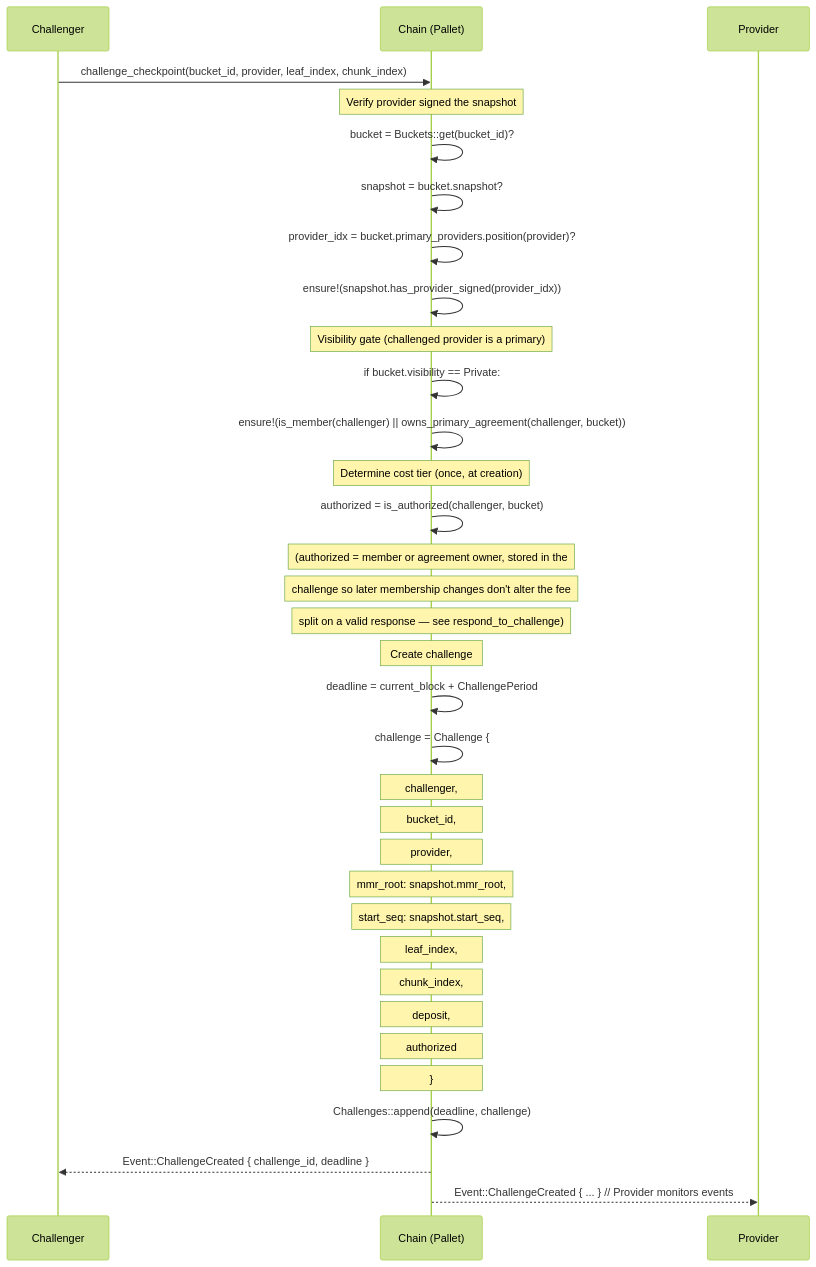
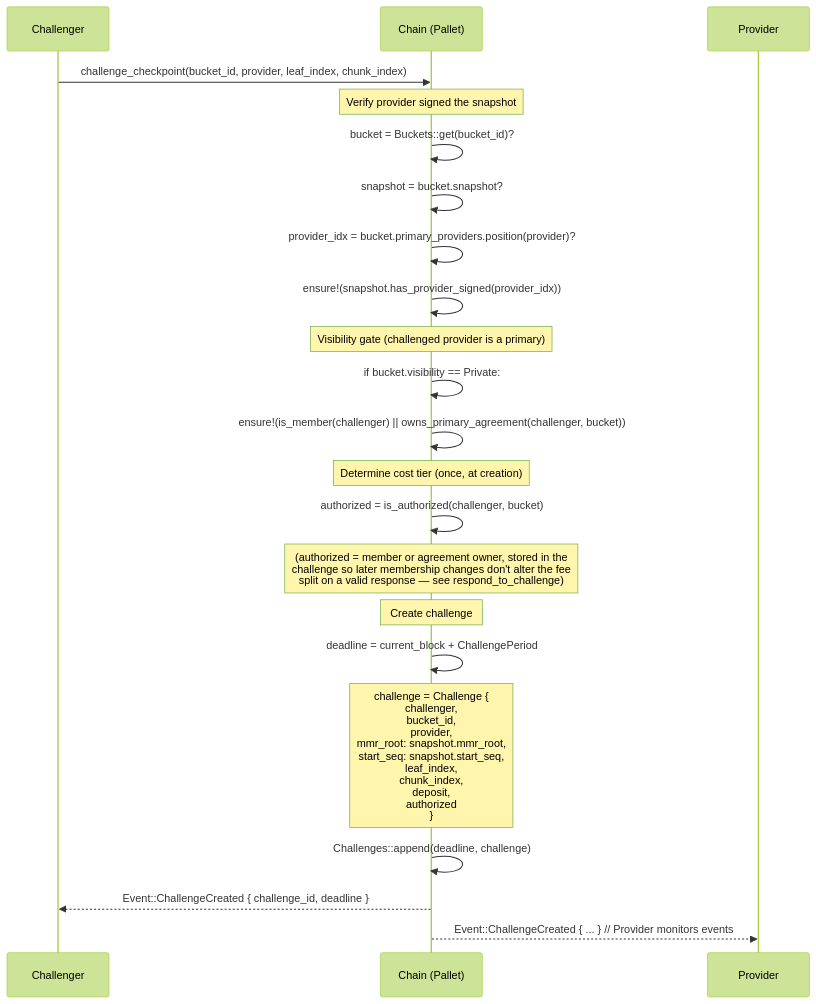
The ninth of 13 diagrams in docs/design/EXECUTION_FLOWS.md (paritytech/web3-storage), drawn with Mermaid (forest theme) before and after one commit. The commit also changed other lines of this file, not shown here.

First line of the commit message:
docs(EXECUTION_FLOWS): collapse multi-line sequence-diagram notes

````diff
--- a/docs/design/EXECUTION_FLOWS.md
+++ b/docs/design/EXECUTION_FLOWS.md
@@ -460,43 +424,31 @@
 ```mermaid
 sequenceDiagram
     participant U as Challenger
     participant C as Chain (Pallet)
     participant P as Provider
 
     U->>C: challenge_checkpoint(bucket_id, provider, leaf_index, chunk_index)
 
     Note over C: Verify provider signed the snapshot
     C->>C: bucket = Buckets::get(bucket_id)?
     C->>C: snapshot = bucket.snapshot?
     C->>C: provider_idx = bucket.primary_providers.position(provider)?
     C->>C: ensure!(snapshot.has_provider_signed(provider_idx))
 
     Note over C: Visibility gate (challenged provider is a primary)
     C->>C: if bucket.visibility == Private:
     C->>C:   ensure!(is_member(challenger) || owns_primary_agreement(challenger, bucket))
 
     Note over C: Determine cost tier (once, at creation)
     C->>C: authorized = is_authorized(challenger, bucket)
-    Note over C: (authorized = member or agreement owner, stored in the
-    Note over C:  challenge so later membership changes don't alter the fee
-    Note over C:  split on a valid response — see respond_to_challenge)
+    Note over C: (authorized = member or agreement owner, stored in the<br/>challenge so later membership changes don't alter the fee<br/>split on a valid response — see respond_to_challenge)
 
     Note over C: Create challenge
     C->>C: deadline = current_block + ChallengePeriod
-    C->>C: challenge = Challenge {
-    Note over C:   challenger,
-    Note over C:   bucket_id,
-    Note over C:   provider,
-    Note over C:   mmr_root: snapshot.mmr_root,
-    Note over C:   start_seq: snapshot.start_seq,
-    Note over C:   leaf_index,
-    Note over C:   chunk_index,
-    Note over C:   deposit,
-    Note over C:   authorized
-    Note over C: }
+    Note over C: challenge = Challenge {<br/> challenger,<br/> bucket_id,<br/> provider,<br/> mmr_root: snapshot.mmr_root,<br/> start_seq: snapshot.start_seq,<br/> leaf_index,<br/> chunk_index,<br/> deposit,<br/> authorized<br/>}
 
     C->>C: Challenges::append(deadline, challenge)
 
     C-->>U: Event::ChallengeCreated { challenge_id, deadline }
     C-->>P: Event::ChallengeCreated { ... }  // Provider monitors events
 ```
````
